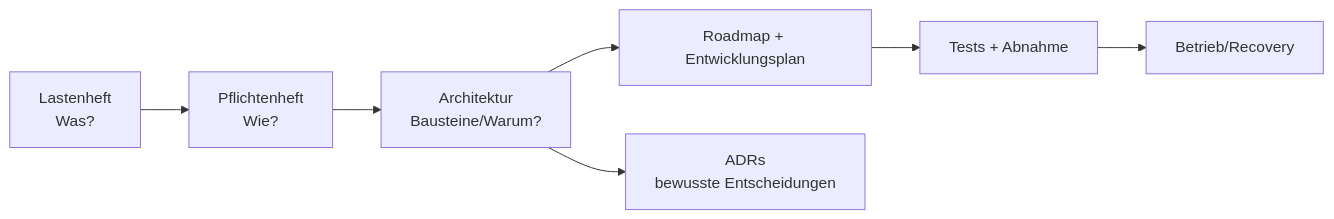
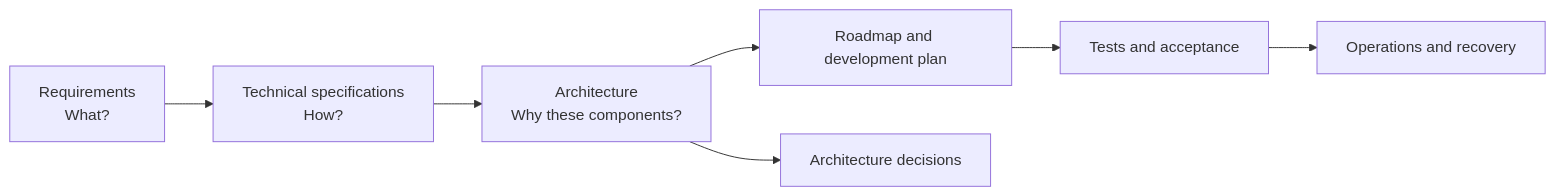
One commit to Robin-Goerlach/SASD-API-Server changed the diagram in docs/README.md. Above: the diagram before and after it, drawn with Mermaid. The commit also changed other lines of this file, not shown here.

```diff
--- a/docs/README.md
+++ b/docs/README.md
@@ -10,9 +11,9 @@
 ~~~mermaid
 flowchart LR
-    L["Lastenheft<br/>Was?"] --> P["Pflichtenheft<br/>Wie?"]
-    P --> A["Architektur<br/>Bausteine/Warum?"]
-    A --> R["Roadmap + Entwicklungsplan"]
-    R --> T["Tests + Abnahme"]
-    A --> ADR["ADRs<br/>bewusste Entscheidungen"]
-    T --> Op["Betrieb/Recovery"]
+    R["Requirements<br/>What?"] --> S["Technical specifications<br/>How?"]
+    S --> A["Architecture<br/>Why these components?"]
+    A --> Road["Roadmap and development plan"]
+    Road --> Tests["Tests and acceptance"]
+    A --> ADR["Architecture decisions"]
+    Tests --> Ops["Operations and recovery"]
 ~~~
```
